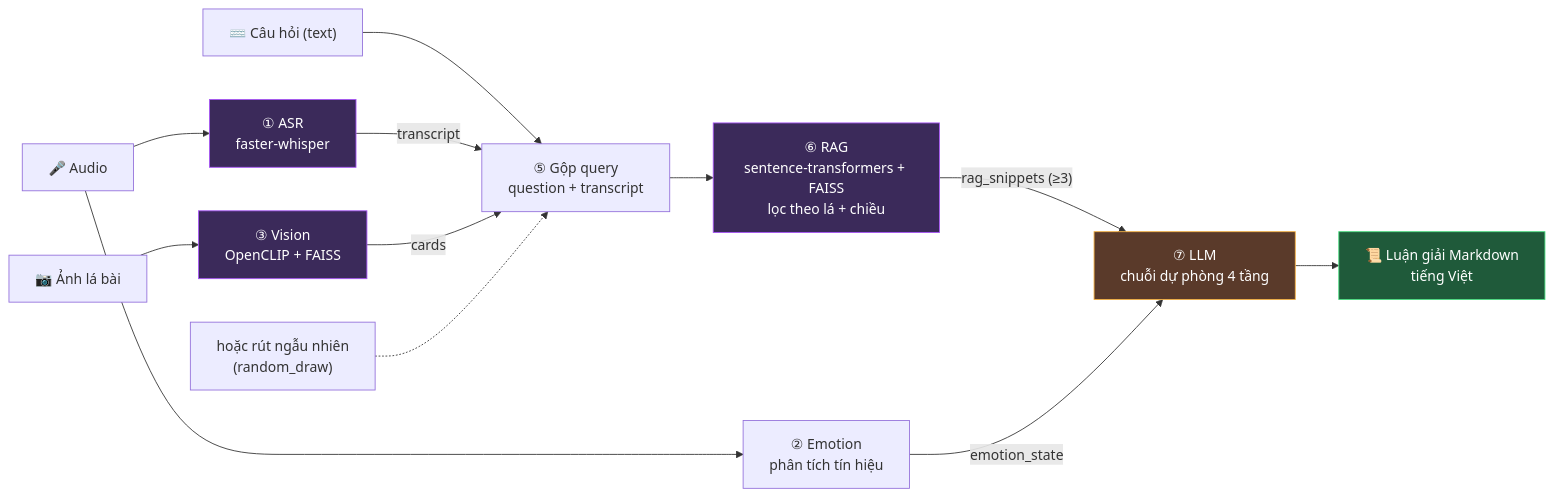
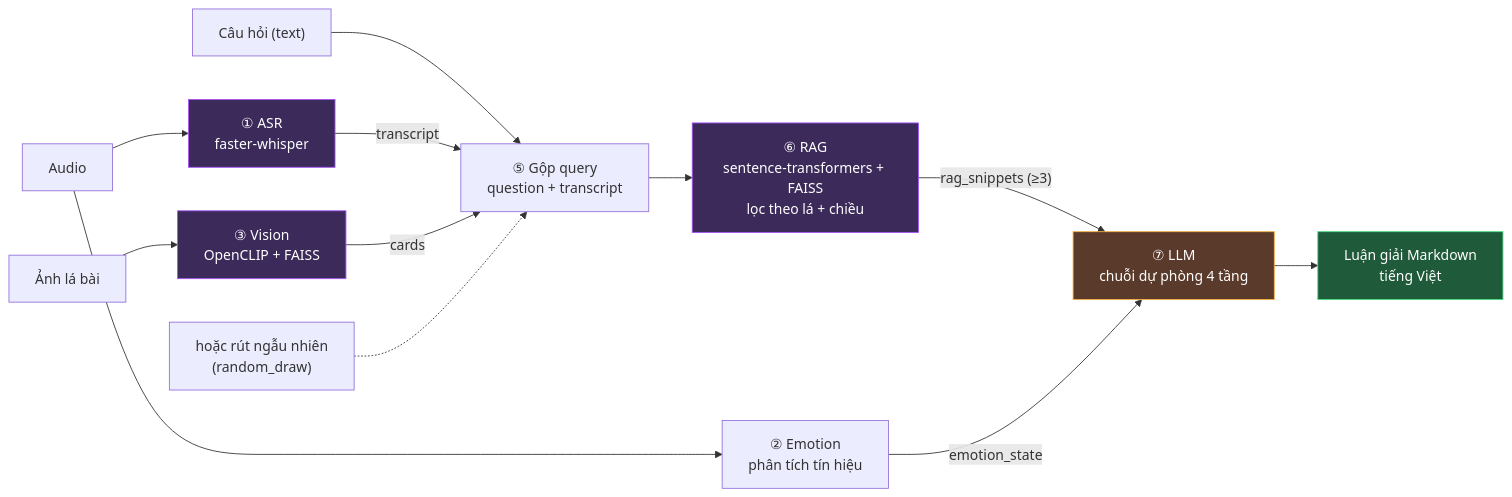
One commit to 0x-mpkane6/catarot changed the second of 11 diagrams in docs/SO-DO-KIEN-TRUC.md. Above: the diagram before and after it, drawn with Mermaid. The commit also changed other lines of this file and 31 other files, not shown here.

````diff
--- a/docs/SO-DO-KIEN-TRUC.md
+++ b/docs/SO-DO-KIEN-TRUC.md
@@ -49,22 +52,22 @@
 ```mermaid
 flowchart LR
-    A["🎤 Audio"] --> ASR["① ASR<br/>faster-whisper"]
+    A["Audio"] --> ASR["① ASR<br/>faster-whisper"]
     A --> EMO["② Emotion<br/>phân tích tín hiệu"]
-    IMG["📷 Ảnh lá bài"] --> VIS["③ Vision<br/>OpenCLIP + FAISS"]
-    Q["⌨️ Câu hỏi (text)"] --> MERGE
+    IMG["Ảnh lá bài"] --> VIS["③ Vision<br/>OpenCLIP + FAISS"]
+    Q["Câu hỏi (text)"] --> MERGE
 
     ASR -->|transcript| MERGE["⑤ Gộp query<br/>question + transcript"]
     VIS -->|cards| MERGE
     NOIMG["hoặc rút ngẫu nhiên<br/>(random_draw)"] -.-> MERGE
 
     MERGE --> RAG["⑥ RAG<br/>sentence-transformers + FAISS<br/>lọc theo lá + chiều"]
     RAG -->|"rag_snippets (≥3)"| LLM["⑦ LLM<br/>chuỗi dự phòng 4 tầng"]
     EMO -->|emotion_state| LLM
-    LLM --> OUT["📜 Luận giải Markdown<br/>tiếng Việt"]
+    LLM --> OUT["Luận giải Markdown<br/>tiếng Việt"]
 
     style ASR fill:#3b2a5a,stroke:#a855f7,color:#fff
     style VIS fill:#3b2a5a,stroke:#a855f7,color:#fff
     style RAG fill:#3b2a5a,stroke:#a855f7,color:#fff
     style LLM fill:#5a3a2a,stroke:#f5b042,color:#fff
     style OUT fill:#1f5a3a,stroke:#4ade80,color:#fff
 ```
````
